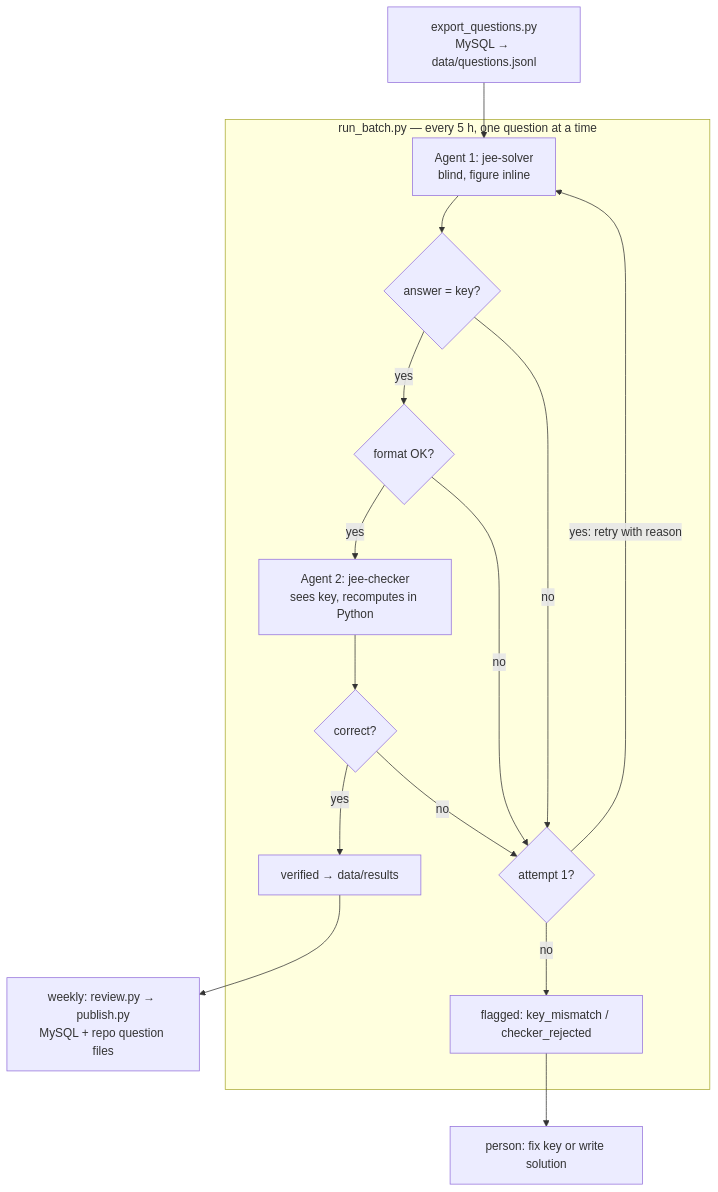
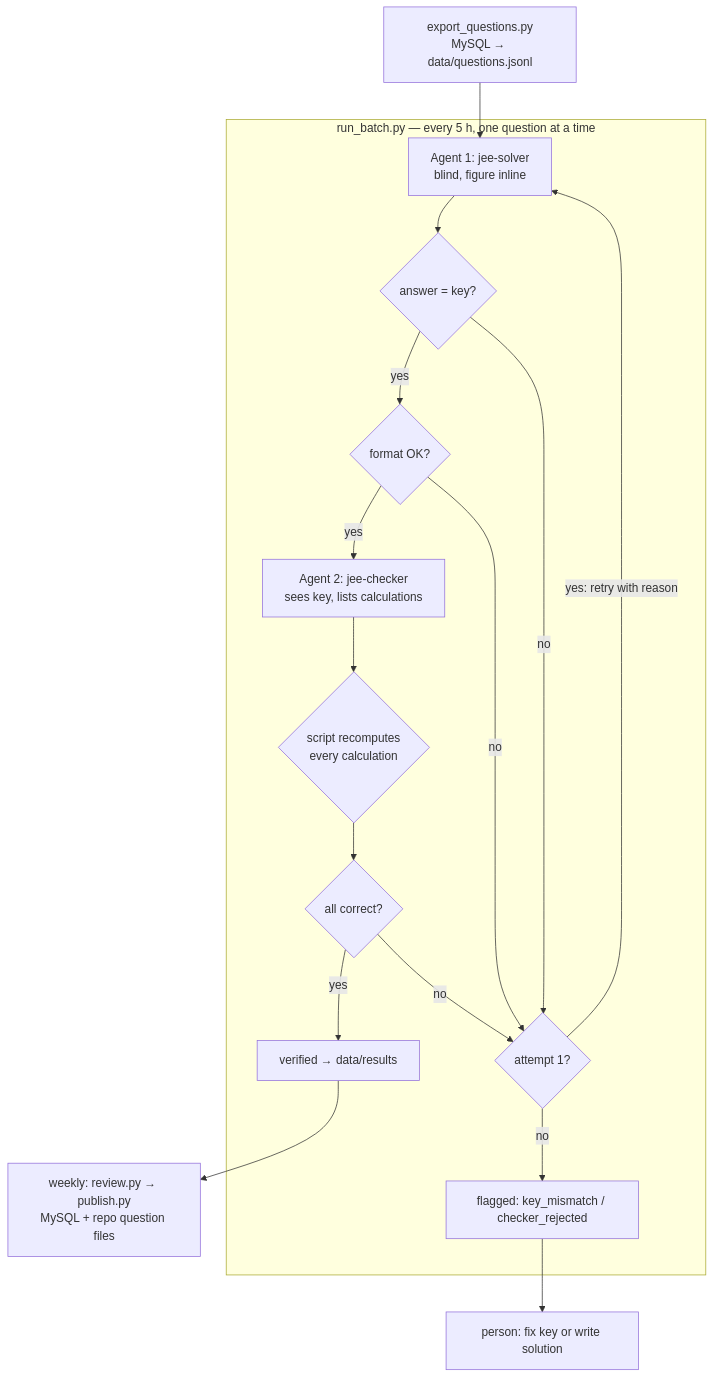
Before and after one commit to itsamit729-ui/Jee-X: the diagram in solution-pipeline/README.md, drawn with Mermaid. The commit also changed other lines of this file and 68 other files, not shown here.

````diff
--- a/solution-pipeline/README.md
+++ b/solution-pipeline/README.md
@@ -21,18 +21,18 @@
 ```mermaid
 flowchart TD
   E[export_questions.py<br/>MySQL → data/questions.jsonl] --> S1
   subgraph batch [run_batch.py — every 5 h, one question at a time]
     S1[Agent 1: jee-solver<br/>blind, figure inline] --> K{answer = key?}
     K -- yes --> F{format OK?}
-    F -- yes --> C[Agent 2: jee-checker<br/>sees key, recomputes in Python]
-    C --> V{correct?}
+    F -- yes --> C[Agent 2: jee-checker<br/>sees key, lists calculations] --> CALC{script recomputes<br/>every calculation}
+    CALC --> V{all correct?}
     V -- yes --> OK[verified → data/results]
     K -- no --> R{attempt 1?}
     F -- no --> R
     V -- no --> R
     R -- yes: retry with reason --> S1
     R -- no --> FL[flagged: key_mismatch / checker_rejected]
   end
   OK --> P[weekly: review.py → publish.py<br/>MySQL + repo question files]
   FL --> H[person: fix key or write solution]
 ```
````
